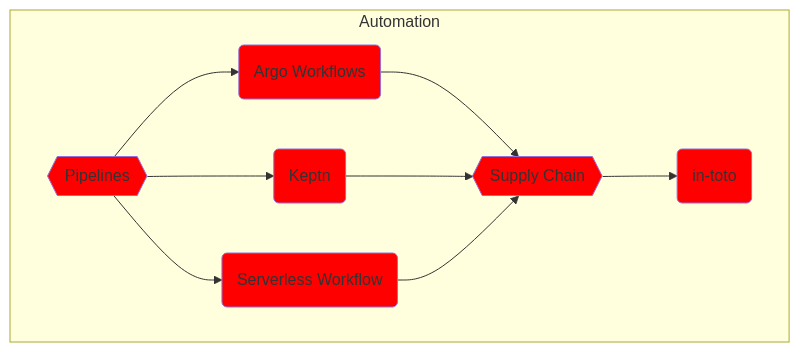
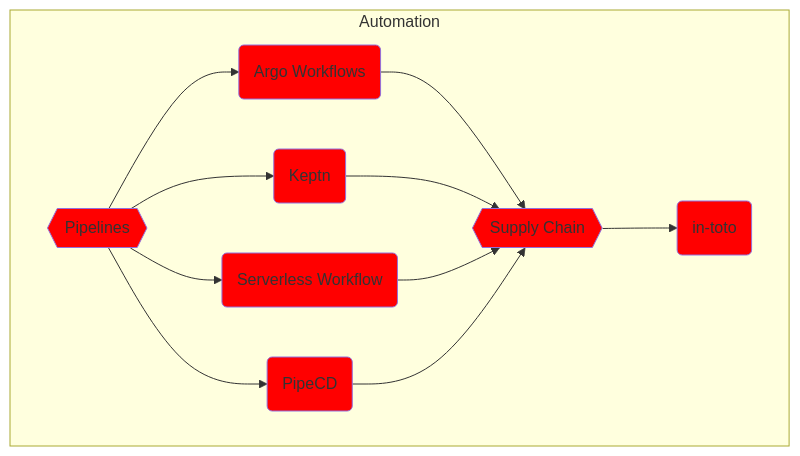
One commit to vfarcic/cncf-demo changed the third of 7 diagrams in solution.md. Above: the diagram before and after it, drawn with Mermaid.

````diff
--- a/solution.md
+++ b/solution.md
@@ -623,29 +623,31 @@
 ```mermaid
 flowchart TD
 
     subgraph Automation
 
         %% ---------------
         %% -- Pipelines --
         %% ---------------
         pipelines{{Pipelines}}
         style pipelines fill:red
         pipelines-argo-workflows(Argo Workflows)
         style pipelines-argo-workflows fill:red
         pipelines-keptn(Keptn)
         style pipelines-keptn fill:red
         pipelines-serverless-workflow(Serverless Workflow)
         style pipelines-serverless-workflow fill:red
-        pipelines --> pipelines-argo-workflows & pipelines-keptn & pipelines-serverless-workflow --> supply-chain
+        pipecd(PipeCD)
+        style pipecd fill:red
+        pipelines --> pipelines-argo-workflows & pipelines-keptn & pipelines-serverless-workflow & pipecd --> supply-chain
 
         %% ------------------
         %% -- Supply Chain --
         %% ------------------
         supply-chain{{Supply Chain}}
         style supply-chain fill:red
         supply-chain-in-toto(in-toto)
         style supply-chain-in-toto fill:red
         supply-chain --> supply-chain-in-toto
 
     end
 ```
````
